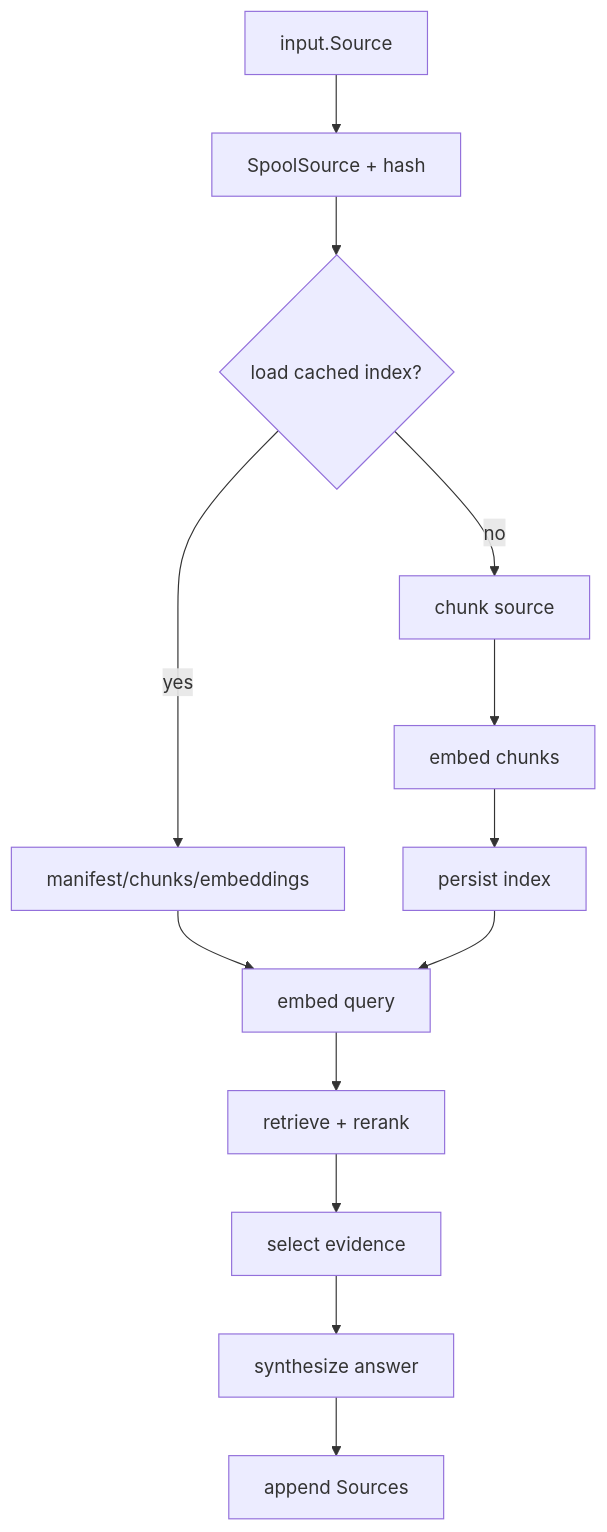
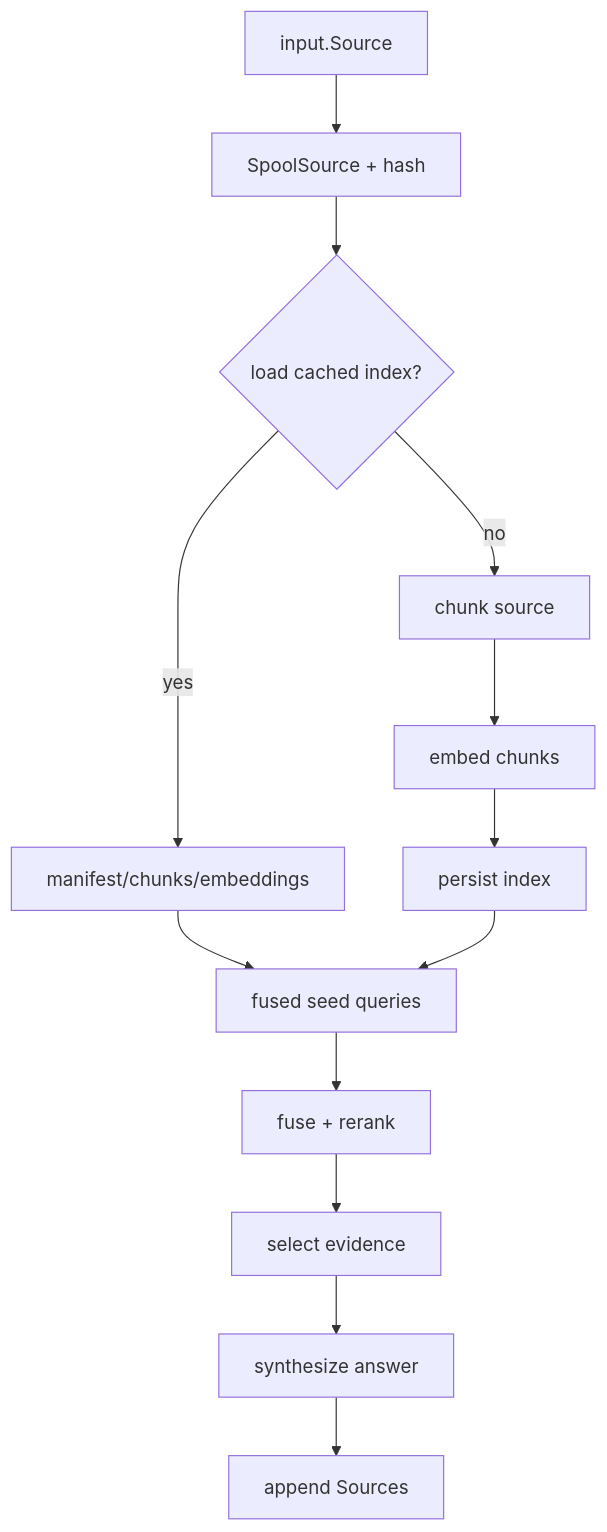
One commit to borro/ragcli changed the third of 4 diagrams in doc/architecture.md. Above: the diagram before and after it, drawn with Mermaid. The commit also changed other lines of this file and 39 other files, not shown here.

````diff
--- a/doc/architecture.md
+++ b/doc/architecture.md
@@ -162,15 +166,15 @@
 ```mermaid
 flowchart TD
     A["input.Source"] --> B["SpoolSource + hash"]
     B --> C{"load cached index?"}
     C -- yes --> D["manifest/chunks/embeddings"]
     C -- no --> E["chunk source"]
     E --> F["embed chunks"]
     F --> G["persist index"]
-    D --> H["embed query"]
+    D --> H["fused seed queries"]
     G --> H
-    H --> I["retrieve + rerank"]
+    H --> I["fuse + rerank"]
     I --> J["select evidence"]
     J --> K["synthesize answer"]
     K --> L["append Sources"]
 ```
````
